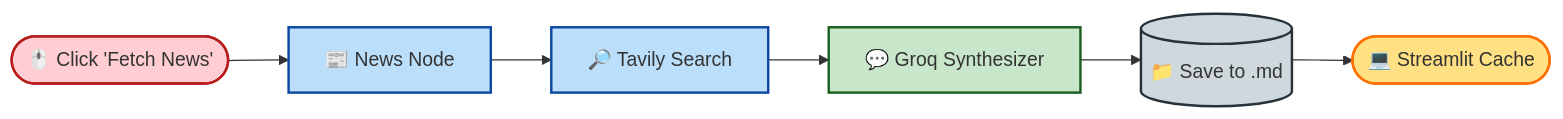
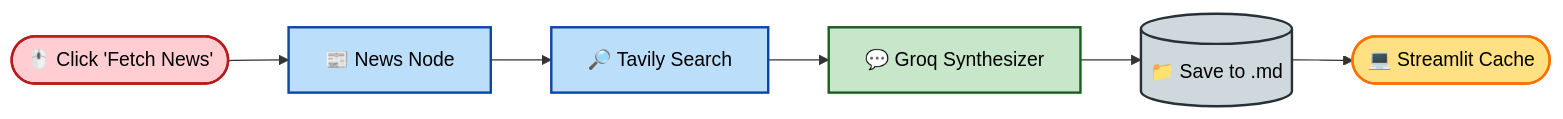
One commit to amanshukla2004/Agentic_ChatBot changed the third of 4 diagrams in README.md. Above: the diagram before and after it, drawn with Mermaid. The commit also changed other lines of this file, not shown here.

Commit message:
style: update Mermaid diagram labels with black text and restructure project directory documentation

````diff
--- a/README.md
+++ b/README.md
@@ -92,14 +92,14 @@
 ```mermaid
 graph LR
-    classDef trigger fill:#ffcdd2,stroke:#b71c1c,stroke-width:2px;
-    classDef tool fill:#bbdefb,stroke:#0d47a1,stroke-width:2px;
-    classDef llm fill:#c8e6c9,stroke:#1b5e20,stroke-width:2px;
-    classDef file fill:#cfd8dc,stroke:#263238,stroke-width:2px;
-    classDef ui fill:#ffe082,stroke:#ff6f00,stroke-width:2px;
+    classDef trigger fill:#ffcdd2,stroke:#b71c1c,stroke-width:2px,color:#000;
+    classDef tool fill:#bbdefb,stroke:#0d47a1,stroke-width:2px,color:#000;
+    classDef llm fill:#c8e6c9,stroke:#1b5e20,stroke-width:2px,color:#000;
+    classDef file fill:#cfd8dc,stroke:#263238,stroke-width:2px,color:#000;
+    classDef ui fill:#ffe082,stroke:#ff6f00,stroke-width:2px,color:#000;
  
     A(["🖱️ Click 'Fetch News'"]):::trigger --> B["📰 News Node"]:::tool
     B --> C["🔎 Tavily Search"]:::tool
     C --> D["💬 Groq Synthesizer"]:::llm
     D --> E[("📁 Save to .md")]:::file
     E --> F(["💻 Streamlit Cache"]):::ui
 ```
````
